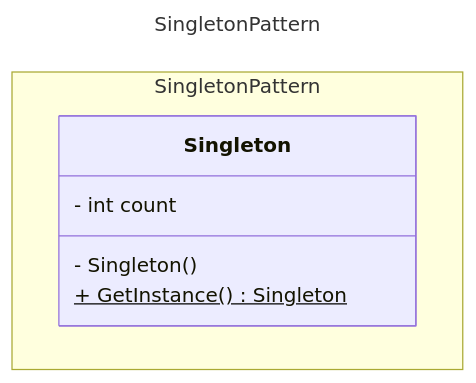
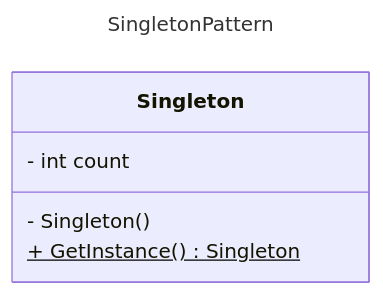
One commit to akhiltn/design-patterns-golang changed the first of 7 diagrams in README.md. Above: the diagram before and after it, drawn with Mermaid. The commit also changed other lines of this file and 2 other files, not shown here.

Commit message:
improvements of mermaid and decorator

````diff
--- a/README.md
+++ b/README.md
@@ -7,14 +7,12 @@
 ```mermaid
 ---
 title: SingletonPattern
 ---
 classDiagram
 
-namespace SingletonPattern{
     class Singleton {
         - int count
         - Singleton()
         + GetInstance()$ Singleton
     }
-}
 ```
````
